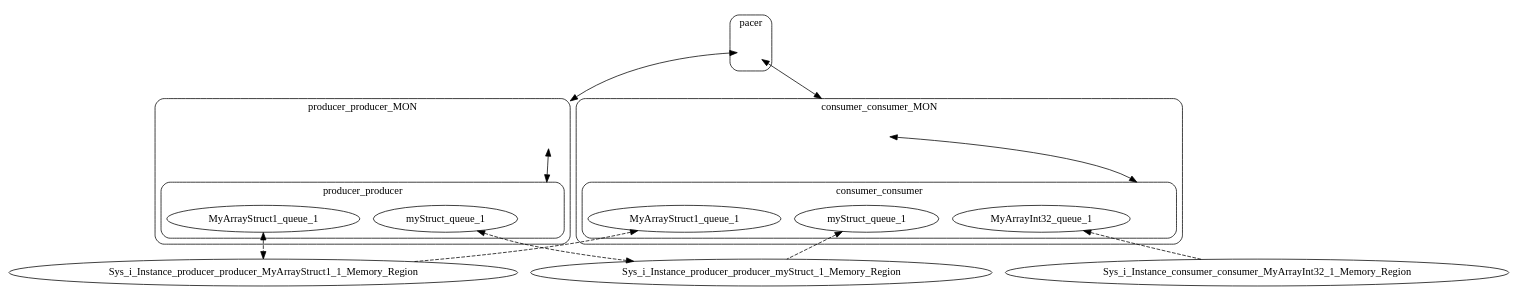
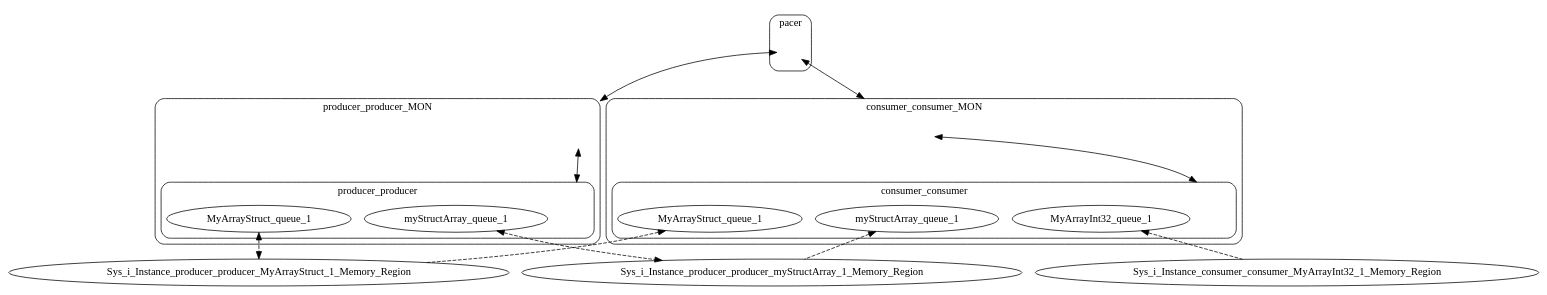
Before and after one commit to loonwerks/INSPECTA-models: the diagram in micro-examples/microkit/gumbo-verus/structs_arrays/hamr/microkit/microkit.dot, drawn with Graphviz. The commit also changed 277 other files, not shown here.

```diff
--- a/micro-examples/microkit/gumbo-verus/structs_arrays/hamr/microkit/microkit.dot
+++ b/micro-examples/microkit/gumbo-verus/structs_arrays/hamr/microkit/microkit.dot
@@ -1,62 +1,62 @@
 digraph microkit {
   compound=true;
 
   // protection domains
   graph [style=rounded]
   subgraph cluster_producer_producer_MON {
     label = "producer_producer_MON";
     producer_producer_MON_INVIS [label="", style=invis, width=.5, height=.5, fixedsize=true]
 
     graph [style=rounded]
     subgraph cluster_producer_producer {
       label = "producer_producer";
       producer_producer_INVIS [label="", style=invis, width=.5, height=.5, fixedsize=true]
 
-      pd_producer_producer_myStruct_queue_1 [label=myStruct_queue_1];
-      pd_producer_producer_MyArrayStruct1_queue_1 [label=MyArrayStruct1_queue_1];
+      pd_producer_producer_myStructArray_queue_1 [label=myStructArray_queue_1];
+      pd_producer_producer_MyArrayStruct_queue_1 [label=MyArrayStruct_queue_1];
     }
   }
 
   graph [style=rounded]
   subgraph cluster_consumer_consumer_MON {
     label = "consumer_consumer_MON";
     consumer_consumer_MON_INVIS [label="", style=invis, width=.5, height=.5, fixedsize=true]
 
     graph [style=rounded]
     subgraph cluster_consumer_consumer {
       label = "consumer_consumer";
       consumer_consumer_INVIS [label="", style=invis, width=.5, height=.5, fixedsize=true]
 
-      pd_consumer_consumer_myStruct_queue_1 [label=myStruct_queue_1];
-      pd_consumer_consumer_MyArrayStruct1_queue_1 [label=MyArrayStruct1_queue_1];
+      pd_consumer_consumer_myStructArray_queue_1 [label=myStructArray_queue_1];
+      pd_consumer_consumer_MyArrayStruct_queue_1 [label=MyArrayStruct_queue_1];
       pd_consumer_consumer_MyArrayInt32_queue_1 [label=MyArrayInt32_queue_1];
     }
   }
 
   graph [style=rounded]
   subgraph cluster_pacer {
     label = "pacer";
     pacer_INVIS [label="", style=invis, width=.5, height=.5, fixedsize=true]
 
   }
 
   // memory regions
-  Sys_i_Instance_producer_producer_myStruct_1_Memory_Region;
+  Sys_i_Instance_producer_producer_myStructArray_1_Memory_Region;
 
-  Sys_i_Instance_producer_producer_MyArrayStruct1_1_Memory_Region;
+  Sys_i_Instance_producer_producer_MyArrayStruct_1_Memory_Region;
 
   Sys_i_Instance_consumer_consumer_MyArrayInt32_1_Memory_Region;
 
   // channels
   pacer_INVIS -> producer_producer_MON_INVIS [lhead=cluster_producer_producer_MON, minlen=2, dir=both];
   producer_producer_MON_INVIS -> producer_producer_INVIS [lhead=cluster_producer_producer, minlen=2, dir=both];
   pacer_INVIS -> consumer_consumer_MON_INVIS [lhead=cluster_consumer_consumer_MON, minlen=2, dir=both];
   consumer_consumer_MON_INVIS -> consumer_consumer_INVIS [lhead=cluster_consumer_consumer, minlen=2, dir=both];
 
   // shared memory mappings
-  pd_producer_producer_myStruct_queue_1 -> Sys_i_Instance_producer_producer_myStruct_1_Memory_Region [dir=both, style=dashed];
-  pd_producer_producer_MyArrayStruct1_queue_1 -> Sys_i_Instance_producer_producer_MyArrayStruct1_1_Memory_Region [dir=both, style=dashed];
-  pd_consumer_consumer_myStruct_queue_1 -> Sys_i_Instance_producer_producer_myStruct_1_Memory_Region [dir=back, style=dashed];
-  pd_consumer_consumer_MyArrayStruct1_queue_1 -> Sys_i_Instance_producer_producer_MyArrayStruct1_1_Memory_Region [dir=back, style=dashed];
+  pd_producer_producer_myStructArray_queue_1 -> Sys_i_Instance_producer_producer_myStructArray_1_Memory_Region [dir=both, style=dashed];
+  pd_producer_producer_MyArrayStruct_queue_1 -> Sys_i_Instance_producer_producer_MyArrayStruct_1_Memory_Region [dir=both, style=dashed];
+  pd_consumer_consumer_myStructArray_queue_1 -> Sys_i_Instance_producer_producer_myStructArray_1_Memory_Region [dir=back, style=dashed];
+  pd_consumer_consumer_MyArrayStruct_queue_1 -> Sys_i_Instance_producer_producer_MyArrayStruct_1_Memory_Region [dir=back, style=dashed];
   pd_consumer_consumer_MyArrayInt32_queue_1 -> Sys_i_Instance_consumer_consumer_MyArrayInt32_1_Memory_Region [dir=back, style=dashed];
 }
```
